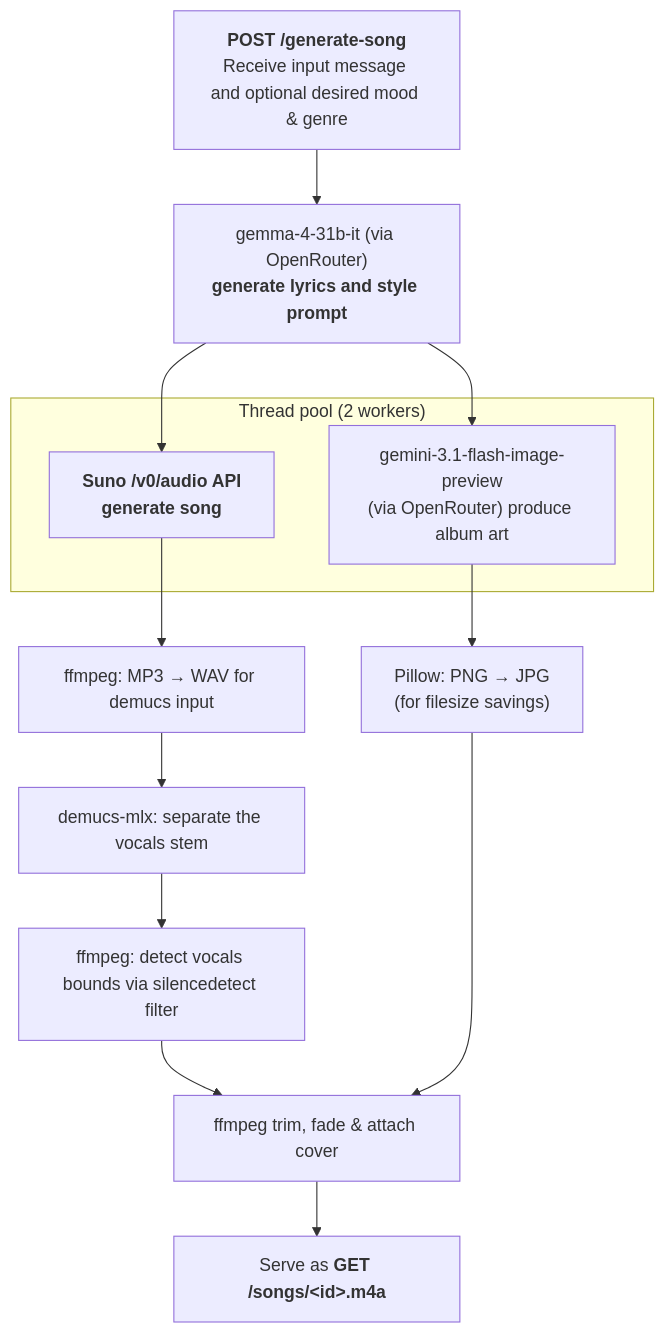
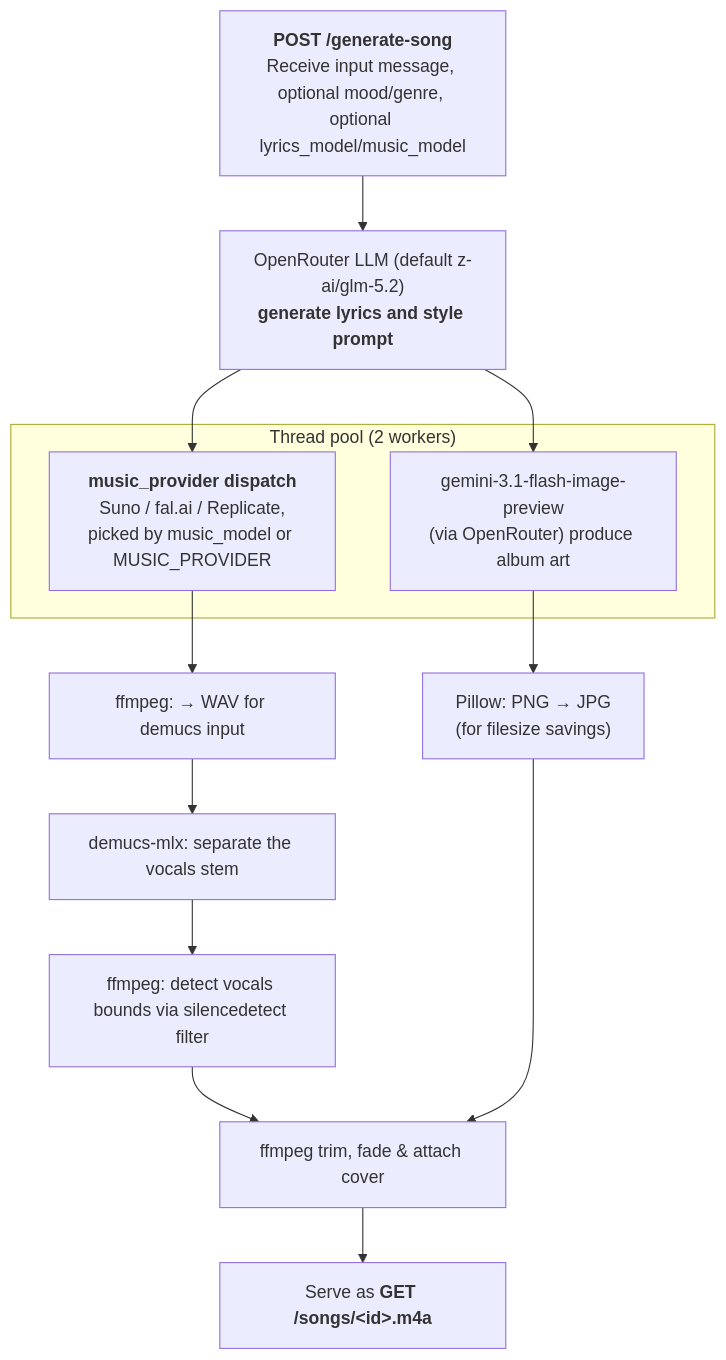
One commit to icherniukh/hackboston changed the first of 2 diagrams in README.md. Above: the diagram before and after it, drawn with Mermaid. The commit also changed other lines of this file, not shown here.

First line of the commit message:
Update README for multi-provider music generation

````diff
--- a/README.md
+++ b/README.md
@@ -28,19 +46,19 @@
 ```mermaid
 flowchart TD
-    A0["<b>POST /generate-song</b><br>Receive input message and optional desired mood & genre"]
-    A["gemma-4-31b-it (via OpenRouter)<br><b>generate lyrics and style prompt</b>"] --> B1
+    A0["<b>POST /generate-song</b><br>Receive input message, optional mood/genre, optional lyrics_model/music_model"]
+    A["OpenRouter LLM (default z-ai/glm-5.2)<br><b>generate lyrics and style prompt</b>"] --> B1
     A0 --> A
     A --> B2
 
     subgraph parallel["Thread pool (2 workers)"]
-        B1["<b>Suno /v0/audio API<br>generate song</b>"]
+        B1["<b>music_provider dispatch</b><br>Suno / fal.ai / Replicate,<br>picked by music_model or MUSIC_PROVIDER"]
         B2["gemini-3.1-flash-image-preview<br>(via OpenRouter) produce album art"]
     end
 
-    B1 --> C0["ffmpeg: MP3 → WAV for demucs input"]
+    B1 --> C0["ffmpeg: → WAV for demucs input"]
     C0 --> C["demucs-mlx: separate the vocals stem"]
     C --> D["ffmpeg: detect vocals bounds via silencedetect filter"]
     B2 --> F["Pillow: PNG → JPG<br>(for filesize savings)"]
     D & F --> G["ffmpeg trim, fade & attach cover"]
     G --> H["Serve as <b>GET /songs/&lt;id&gt;.m4a</b>"]
 ```
````
